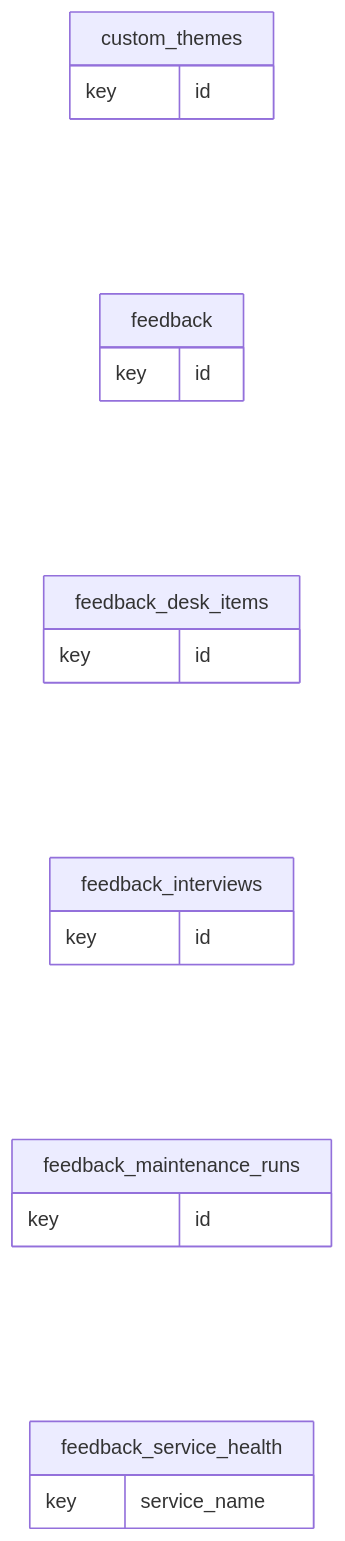
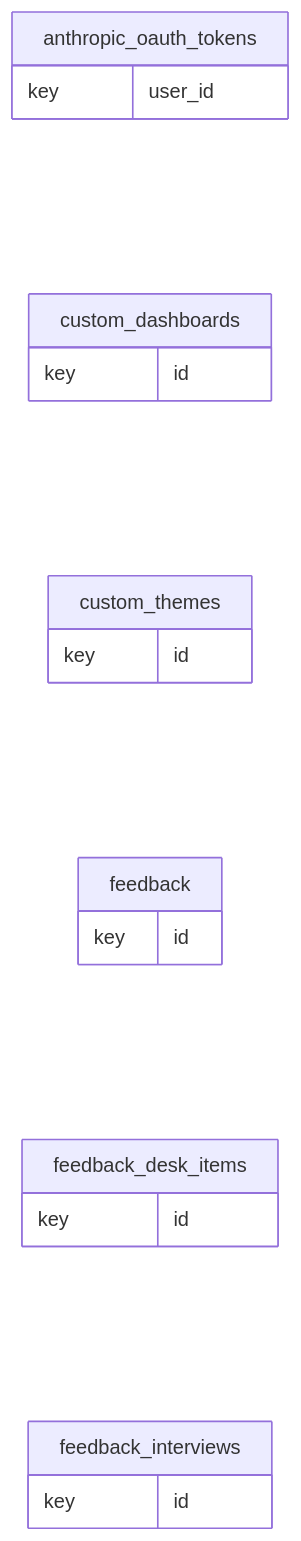
The diagram in docs/manual/diagrams/er-workspace-6.mmd (High-Performance-Structures/compass), drawn with Mermaid before and after one commit. The commit also changed 27 other files, not shown here.

```diff
--- a/docs/manual/diagrams/er-workspace-6.mmd
+++ b/docs/manual/diagrams/er-workspace-6.mmd
@@ -1,20 +1,20 @@
 erDiagram
   direction LR
+  anthropic_oauth_tokens {
+    key user_id
+  }
+  custom_dashboards {
+    key id
+  }
   custom_themes {
     key id
   }
   feedback {
     key id
   }
   feedback_desk_items {
     key id
   }
   feedback_interviews {
     key id
   }
-  feedback_maintenance_runs {
-    key id
-  }
-  feedback_service_health {
-    key service_name
-  }
```
